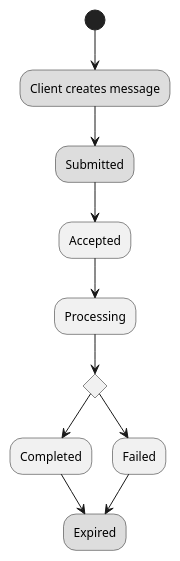
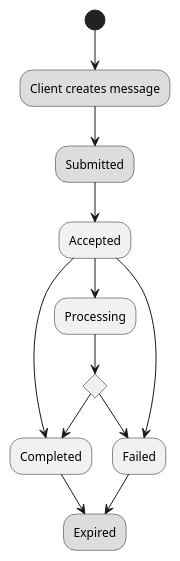
One commit to dfinity/interface-spec changed the third of 3 diagrams in spec/index.adoc. Above: the diagram before and after it, drawn with PlantUML.

Commit message:
Public spec: more arrows (dfinity-lab/dfinity#1086)
in the diagram that describes the state transitions of the “abstract
behavior” model, as requested by @allendfinity
Originally https://github.com/dfinity-lab/dfinity/commit/d42037c9b7bbf498eefc4feb91cb0759ca59541b

```diff
--- a/spec/index.adoc
+++ b/spec/index.adoc
@@ -926,14 +926,16 @@
 [plantuml]
 ....
 (*) --> "Client creates message" #DDDDDD
    --> "Submitted" #DDDDDD
    --> "Accepted"
    --> "Processing"
 if "" then
   --> "Completed"
   --> "Expired" #DDDDDD
   else
   --> "Failed"
   --> "Expired" #DDDDDD
+  "Accepted" --> "Completed"
+  "Accepted" --> "Failed"
 endif
 ....
```
